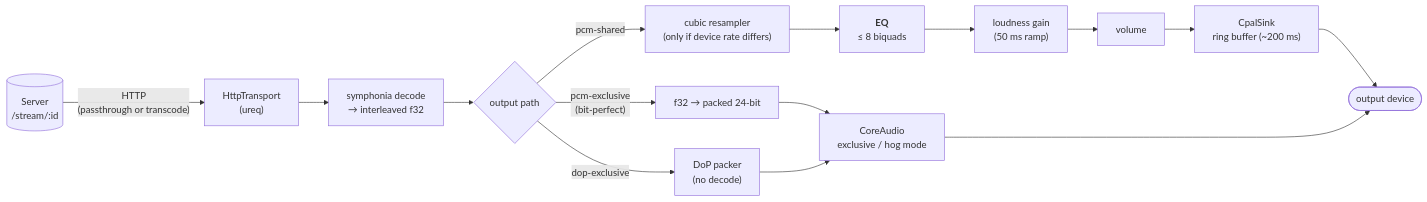
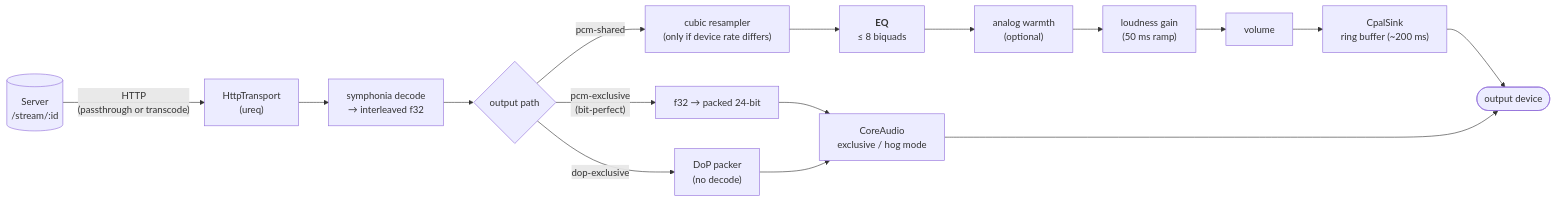
One commit to ksuayan/kahawai changed the first of 3 diagrams in EQ.md. Above: the diagram before and after it, drawn with Mermaid. The commit also changed other lines of this file and 9 other files, not shown here.

````diff
--- a/EQ.md
+++ b/EQ.md
@@ -27,17 +28,18 @@
 ```mermaid
 flowchart LR
     server[("Server<br/>/stream/:id")] -->|"HTTP<br/>(passthrough or transcode)"| transport["HttpTransport<br/>(ureq)"]
     transport --> decode["symphonia decode<br/>→ interleaved f32"]
     decode --> branch{"output path"}
     branch -->|"pcm-shared"| resample["cubic resampler<br/>(only if device rate differs)"]
     resample --> eq["<b>EQ</b><br/>≤ 8 biquads"]
-    eq --> loud["loudness gain<br/>(50 ms ramp)"]
+    eq --> analog["analog warmth<br/>(optional)"]
+    analog --> loud["loudness gain<br/>(50 ms ramp)"]
     loud --> vol["volume"]
     vol --> ring["CpalSink<br/>ring buffer (~200 ms)"]
     ring --> dev(["output device"])
     branch -->|"pcm-exclusive<br/>(bit-perfect)"| i24["f32 → packed 24-bit"]
     branch -->|"dop-exclusive"| dop["DoP packer<br/>(no decode)"]
     i24 --> hog["CoreAudio<br/>exclusive / hog mode"]
     dop --> hog
     hog --> dev
 ```
````
